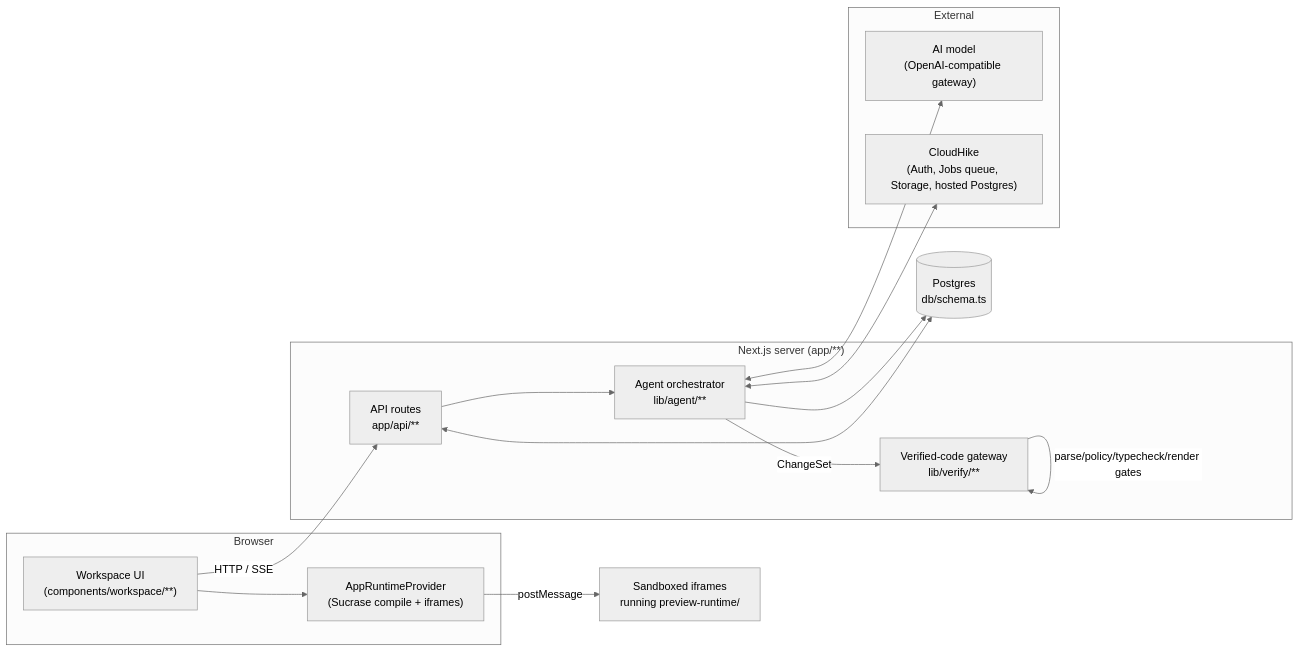
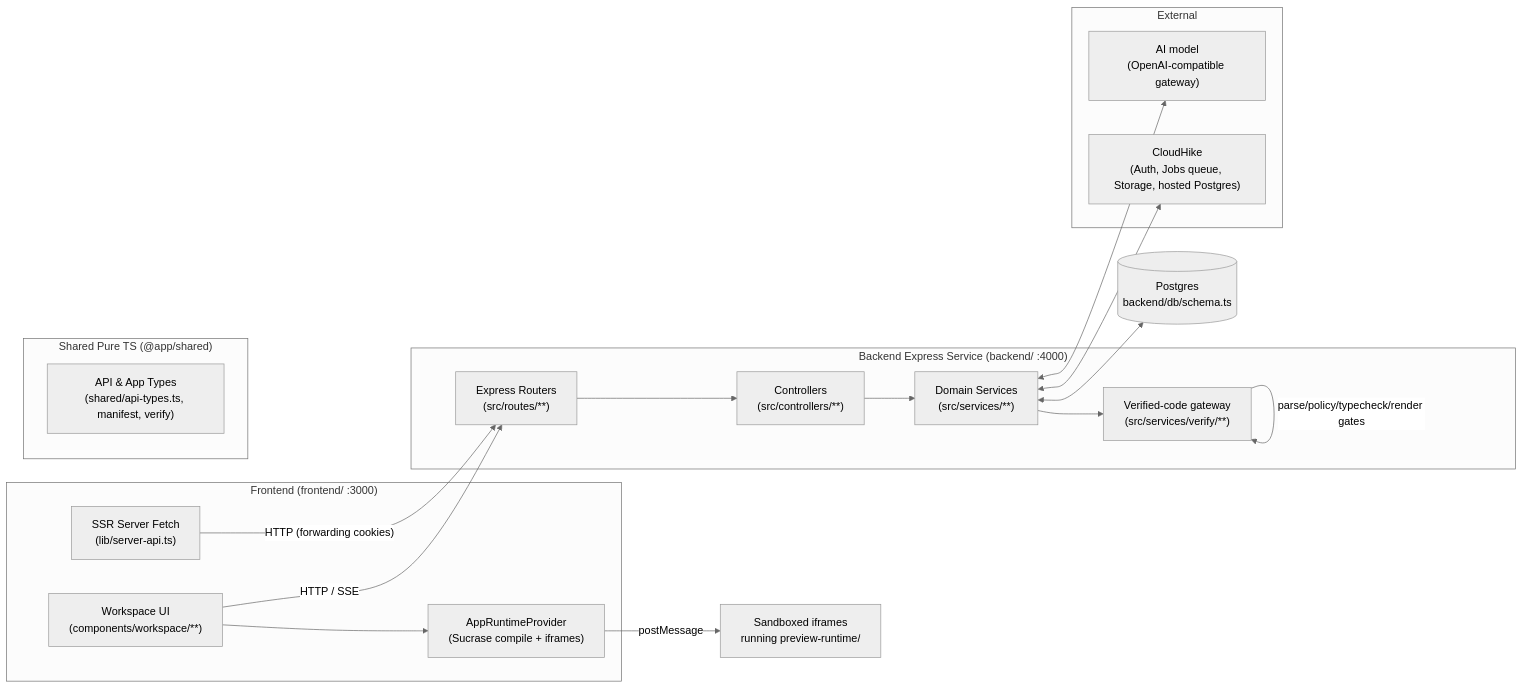
The first of 7 diagrams in docs/architecture.md (pranav589/ai-app-builder), drawn with Mermaid (neutral theme) before and after one commit. The commit also changed other lines of this file and 624 other files, not shown here.

Commit message:
updated backend as express js

````diff
--- a/docs/architecture.md
+++ b/docs/architecture.md
@@ -22,31 +22,38 @@
 ```mermaid
 flowchart LR
-    subgraph Browser
+    subgraph Frontend["Frontend (frontend/ :3000)"]
         UI["Workspace UI\n(components/workspace/**)"]
         Runtime["AppRuntimeProvider\n(Sucrase compile + iframes)"]
+        ServerAPI["SSR Server Fetch\n(lib/server-api.ts)"]
     end
 
-    subgraph Server["Next.js server (app/**)"]
-        API["API routes\napp/api/**"]
-        Agent["Agent orchestrator\nlib/agent/**"]
-        Verify["Verified-code gateway\nlib/verify/**"]
+    subgraph Backend["Backend Express Service (backend/ :4000)"]
+        Router["Express Routers\n(src/routes/**)"]
+        Controller["Controllers\n(src/controllers/**)"]
+        Services["Domain Services\n(src/services/**)"]
+        Verify["Verified-code gateway\n(src/services/verify/**)"]
+    end
+
+    subgraph Shared["Shared Pure TS (@app/shared)"]
+        Types["API & App Types\n(shared/api-types.ts, manifest, verify)"]
     end
 
     subgraph External
         AIModel["AI model\n(OpenAI-compatible gateway)"]
         CloudHike["CloudHike\n(Auth, Jobs queue, Storage, hosted Postgres)"]
     end
 
-    DB[("Postgres\ndb/schema.ts")]
+    DB[("Postgres\nbackend/db/schema.ts")]
 
-    UI -- "HTTP / SSE" --> API
-    API --> Agent
-    Agent -- "ChangeSet" --> Verify
+    UI -- "HTTP / SSE" --> Router
+    ServerAPI -- "HTTP (forwarding cookies)" --> Router
+    Router --> Controller
+    Controller --> Services
+    Services --> Verify
     Verify -- "parse/policy/typecheck/render gates" --> Verify
-    Agent <--> AIModel
-    Agent <--> CloudHike
-    API <--> DB
-    Agent --> DB
+    Services <--> AIModel
+    Services <--> CloudHike
+    Services <--> DB
     UI --> Runtime
     Runtime -- "postMessage" --> Frames["Sandboxed iframes\nrunning preview-runtime/"]
 ```
````
